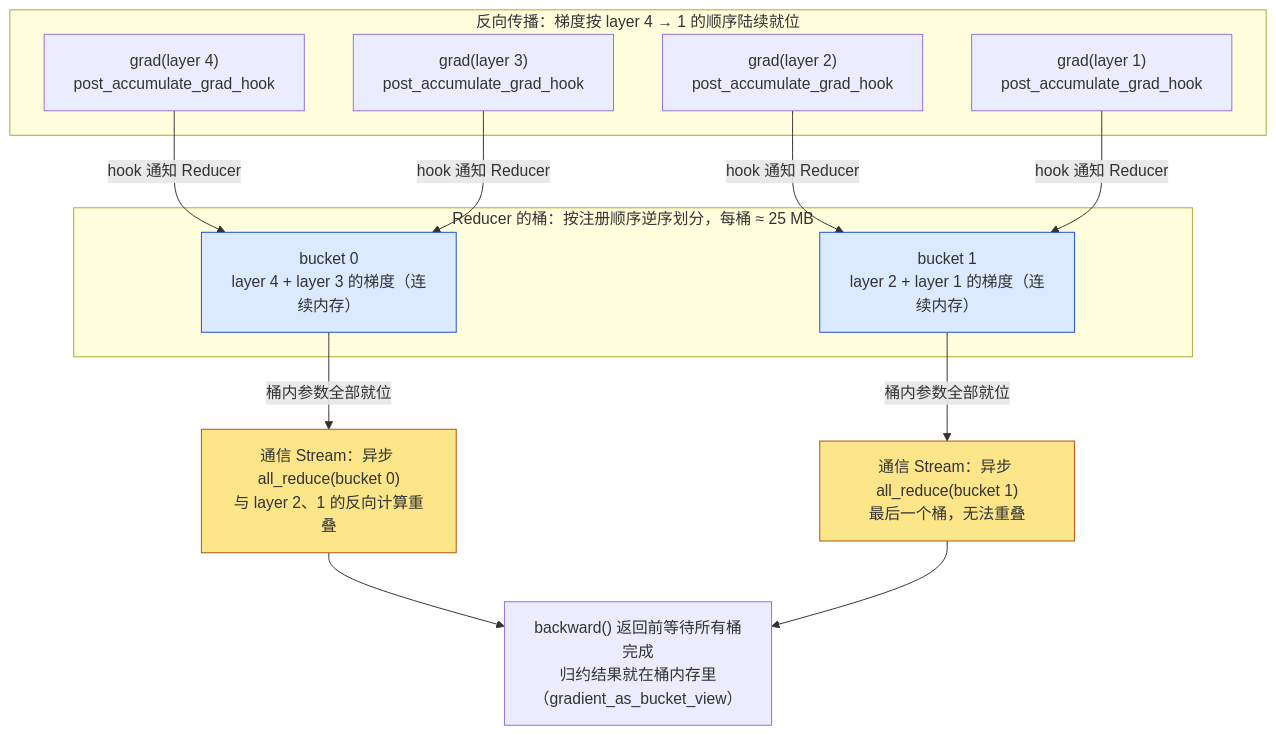
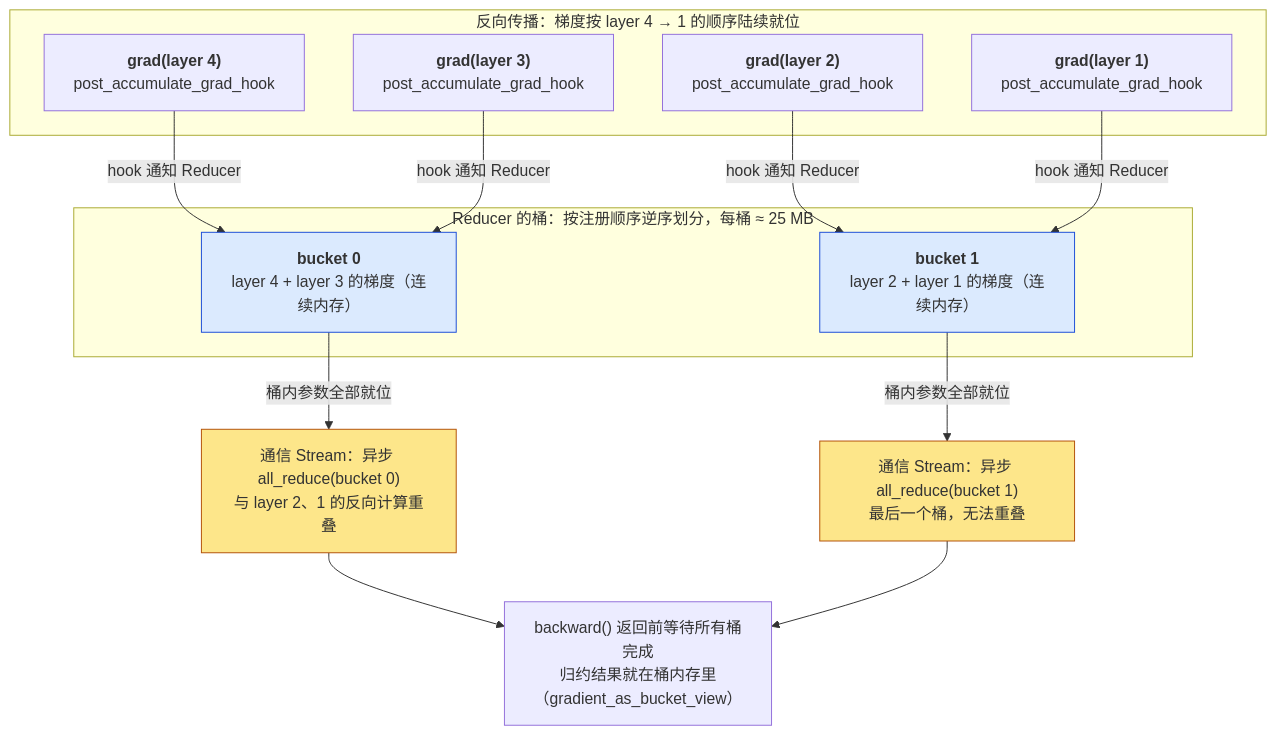
One commit to arganzheng/arganzheng.github.com changed the first of 6 diagrams in _posts/2026-02-25-pytorch-distributed-training.md. Above: the diagram before and after it, drawn with Mermaid. The commit also changed other lines of this file and 10 other files, not shown here.

First line of the commit message:
PyTorch 深度实践：从 Tensor 到深度学习运行时：Mermaid 多行方框的首行标为标题（11 篇）

````diff
--- a/_posts/2026-02-25-pytorch-distributed-training.md
+++ b/_posts/2026-02-25-pytorch-distributed-training.md
@@ -355,26 +355,26 @@
 ```mermaid
 %% 图：Reducer 把 all_reduce 藏进反向：梯度 hook 通知 Reducer，桶满即对整个桶发起一次异步 all_reduce
 flowchart TB
     subgraph grads["反向传播：梯度按 layer 4 → 1 的顺序陆续就位"]
-        G4["grad(layer 4)<br/>post_accumulate_grad_hook"]
-        G3["grad(layer 3)<br/>post_accumulate_grad_hook"]
-        G2["grad(layer 2)<br/>post_accumulate_grad_hook"]
-        G1["grad(layer 1)<br/>post_accumulate_grad_hook"]
+        G4["<b>grad(layer 4)</b><br/>post_accumulate_grad_hook"]
+        G3["<b>grad(layer 3)</b><br/>post_accumulate_grad_hook"]
+        G2["<b>grad(layer 2)</b><br/>post_accumulate_grad_hook"]
+        G1["<b>grad(layer 1)</b><br/>post_accumulate_grad_hook"]
     end
     subgraph buckets["Reducer 的桶：按注册顺序逆序划分，每桶 ≈ 25 MB"]
-        B0["bucket 0<br/>layer 4 + layer 3 的梯度（连续内存）"]
-        B1["bucket 1<br/>layer 2 + layer 1 的梯度（连续内存）"]
+        B0["<b>bucket 0</b><br/>layer 4 + layer 3 的梯度（连续内存）"]
+        B1["<b>bucket 1</b><br/>layer 2 + layer 1 的梯度（连续内存）"]
     end
     G4 -- "hook 通知 Reducer" --> B0
     G3 -- "hook 通知 Reducer" --> B0
     G2 -- "hook 通知 Reducer" --> B1
     G1 -- "hook 通知 Reducer" --> B1
     B0 -- "桶内参数全部就位" --> AR0["通信 Stream：异步 all_reduce(bucket 0)<br/>与 layer 2、1 的反向计算重叠"]
     B1 -- "桶内参数全部就位" --> AR1["通信 Stream：异步 all_reduce(bucket 1)<br/>最后一个桶，无法重叠"]
     AR0 --> W["backward() 返回前等待所有桶完成<br/>归约结果就在桶内存里（gradient_as_bucket_view）"]
     AR1 --> W
     classDef comm fill:#fde68a,stroke:#b45309;
     classDef bucket fill:#dbeafe,stroke:#1d4ed8;
     class AR0,AR1 comm;
     class B0,B1 bucket;
 ```
````
